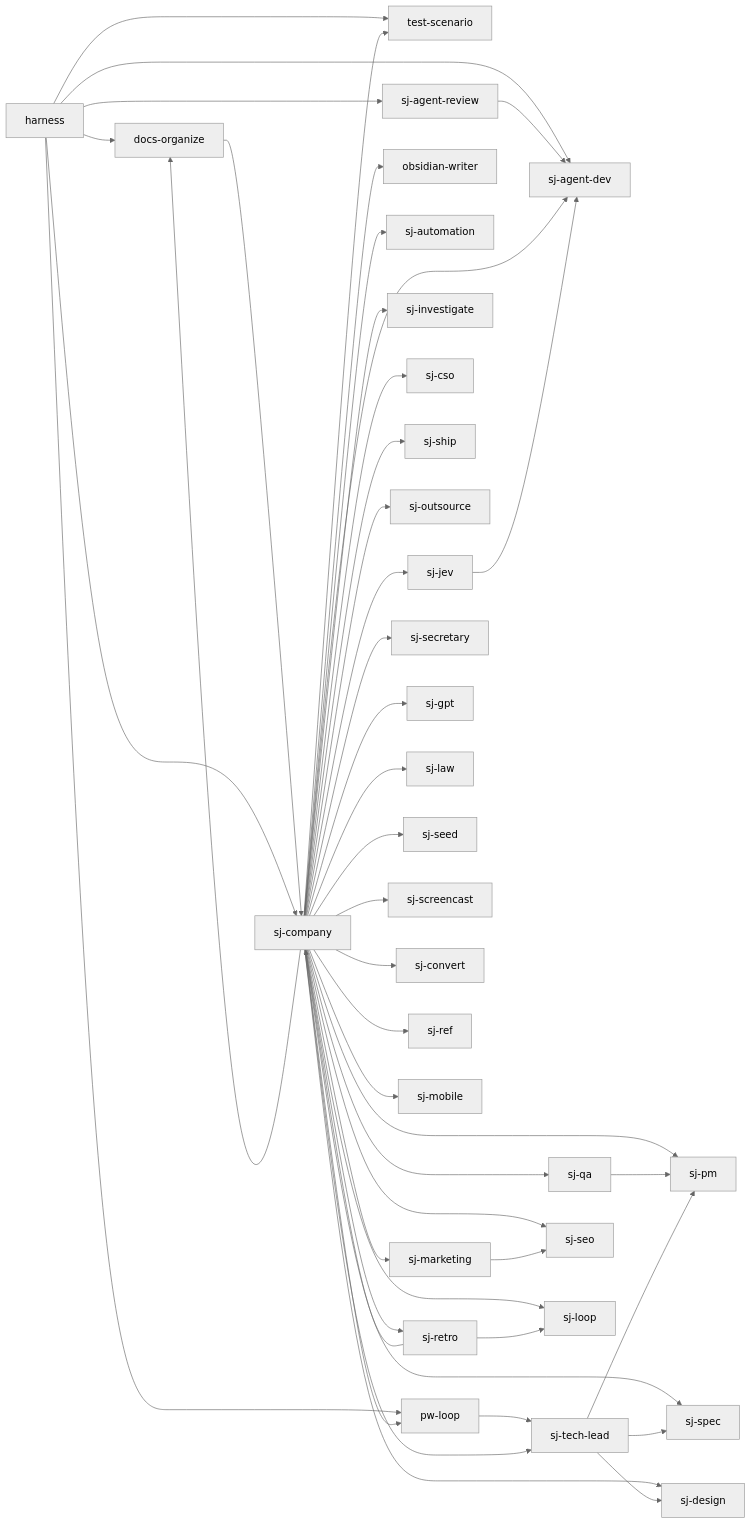
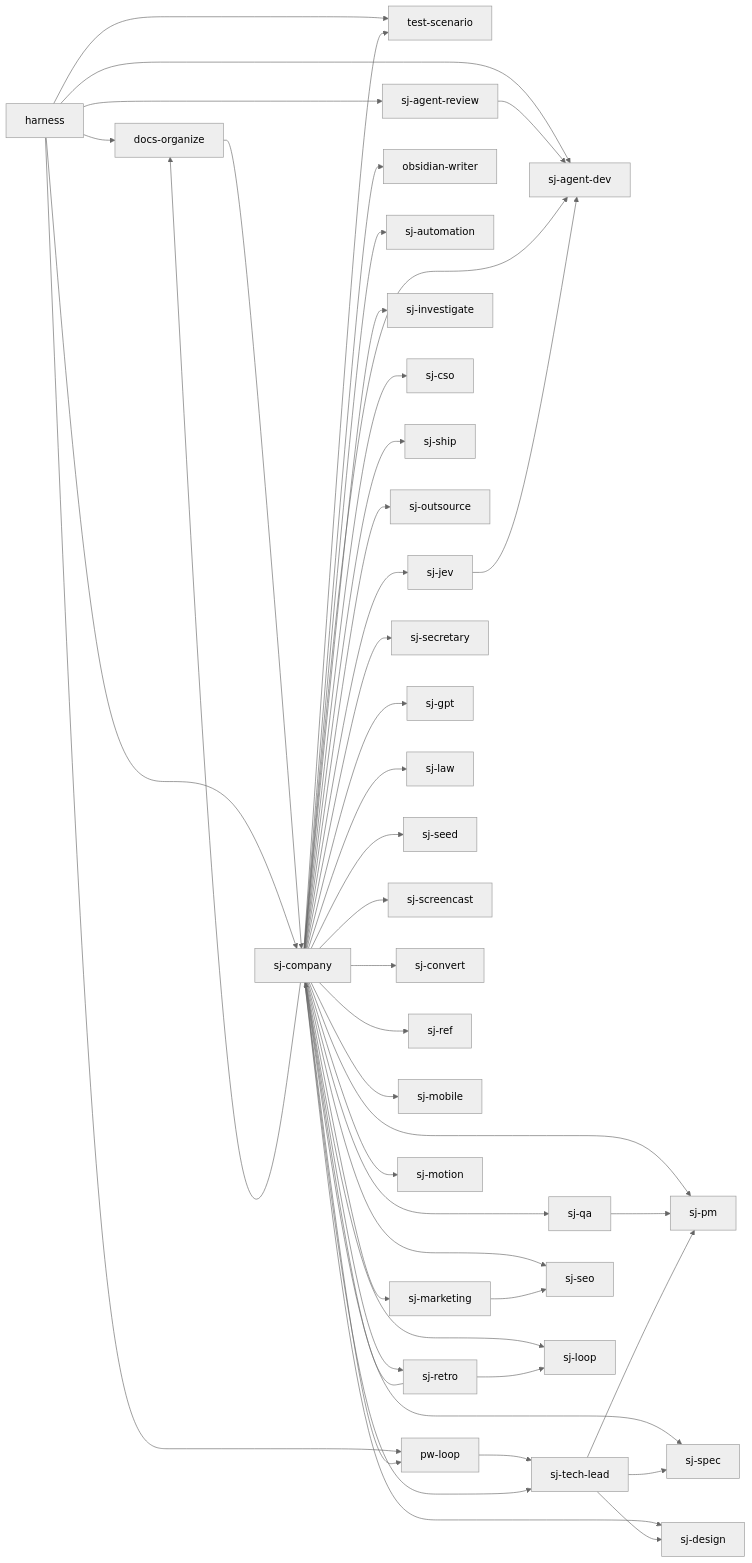
One commit to s0613/S-skills changed the diagram in docs/FEATURE-MAP.md. Above: the diagram before and after it, drawn with Mermaid (neutral theme). The commit also changed other lines of this file and 6 other files, not shown here.

````diff
--- a/docs/FEATURE-MAP.md
+++ b/docs/FEATURE-MAP.md
@@ -6,48 +6,49 @@
 ```mermaid
 flowchart LR
   F01[docs-organize] --> F08[sj-company]
   F02[harness] --> F01
   F02 --> F26[test-scenario]
   F02 --> F04[pw-loop]
   F02 --> F08
   F02 --> F06[sj-agent-review]
   F02 --> F05[sj-agent-dev]
   F04 --> F25[sj-tech-lead]
   F06 --> F05
   F08 --> F18[sj-pm]
   F08 --> F25
   F08 --> F19[sj-qa]
   F08 --> F03[obsidian-writer]
   F08 --> F07[sj-automation]
   F08 --> F22[sj-seo]
   F08 --> F16[sj-marketing]
   F08 --> F24[sj-spec]
   F08 --> F13[sj-investigate]
   F08 --> F05
   F08 --> F09[sj-cso]
   F08 --> F23[sj-ship]
   F08 --> F17[sj-outsource]
   F08 --> F20[sj-retro]
   F08 --> F10[sj-design]
   F08 --> F21[sj-secretary]
   F08 --> F26
   F08 --> F04
   F08 --> F01
   F08 --> F15[sj-loop]
   F08 --> F12[sj-gpt]
   F08 --> F14[sj-law]
   F08 --> F27[sj-seed]
   F08 --> F28[sj-screencast]
   F08 --> F29[sj-convert]
   F08 --> F30[sj-ref]
   F08 --> F32[sj-mobile]
   F08 --> F33[sj-jev]
   F33 --> F05
+  F08 --> F34[sj-motion]
   F16 --> F22
   F19 --> F18
   F20 --> F08
   F20 --> F15
   F25 --> F18
   F25 --> F24
   F25 --> F10
 ```
````
